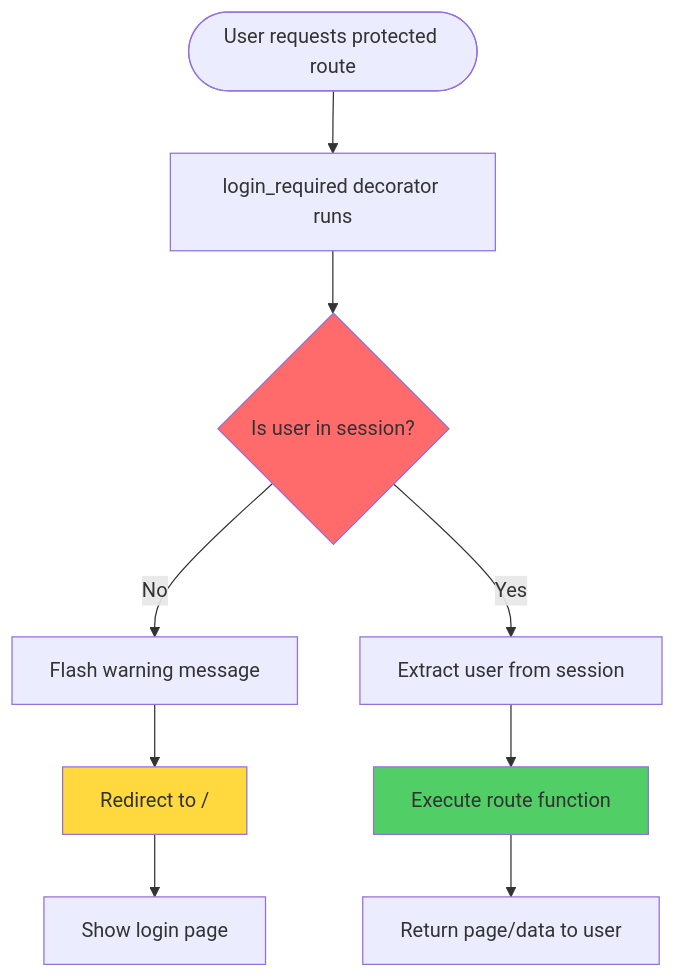
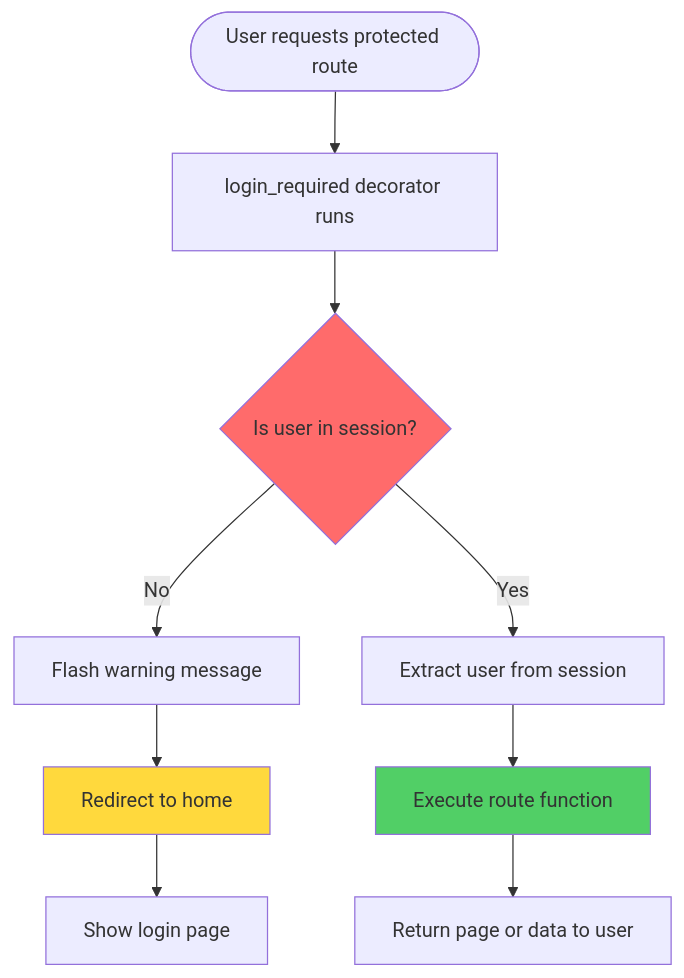
One commit to DANI-cloud-del/Flask changed the third of 15 diagrams in docs/OAUTH_FLOWCHART.md. Above: the diagram before and after it, drawn with Mermaid. The commit also changed other lines of this file, not shown here.

Commit message:
Fix missing line breaks in Mermaid flowcharts causing lexical errors

````diff
--- a/docs/OAUTH_FLOWCHART.md
+++ b/docs/OAUTH_FLOWCHART.md
@@ -118,18 +118,18 @@
 ```mermaid
 flowchart TD
     Start([User requests protected route]) --> Decorator[login_required decorator runs]
     
     Decorator --> CheckSession{Is user in session?}
     
     CheckSession -->|No| Flash[Flash warning message]
-    Flash --> RedirectHome[Redirect to /]
+    Flash --> RedirectHome[Redirect to home]
     RedirectHome --> ShowLogin[Show login page]
     
     CheckSession -->|Yes| ExtractUser[Extract user from session]
     ExtractUser --> RunFunction[Execute route function]
-    RunFunction --> ReturnResponse[Return page/data to user]
+    RunFunction --> ReturnResponse[Return page or data to user]
     
     style CheckSession fill:#ff6b6b
     style RunFunction fill:#51cf66
     style RedirectHome fill:#ffd93d
 ```
````
